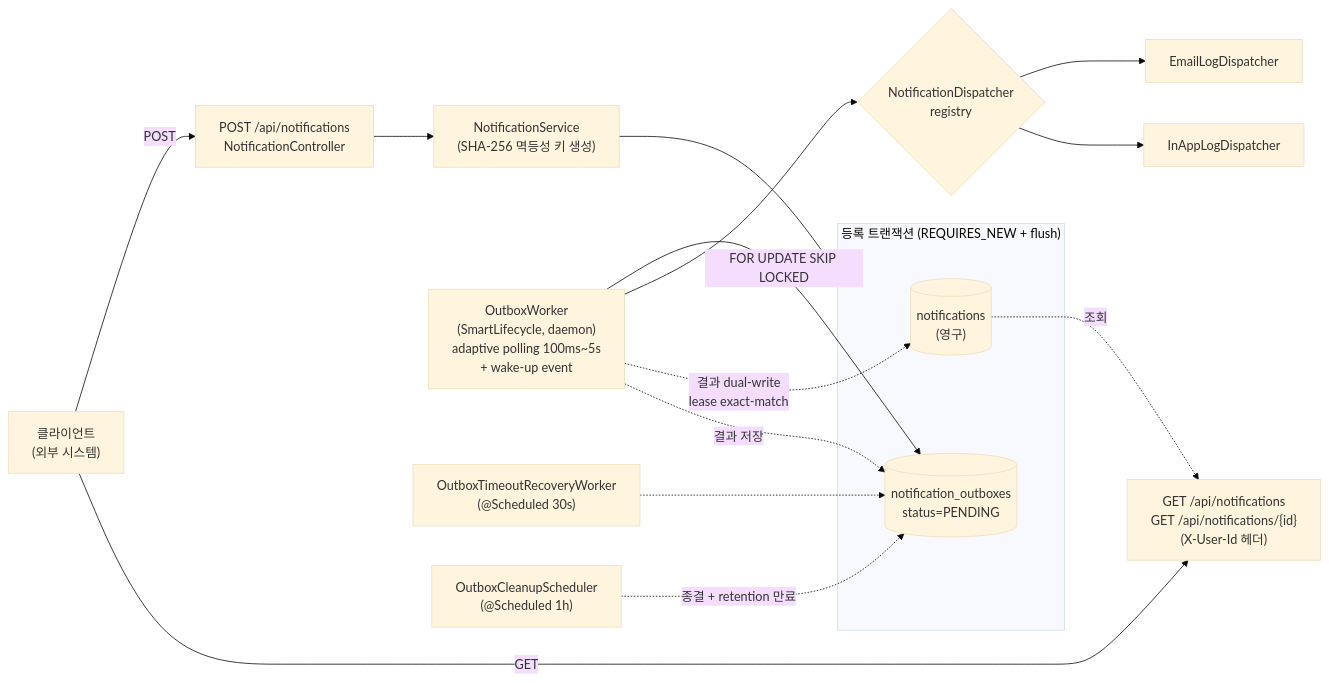
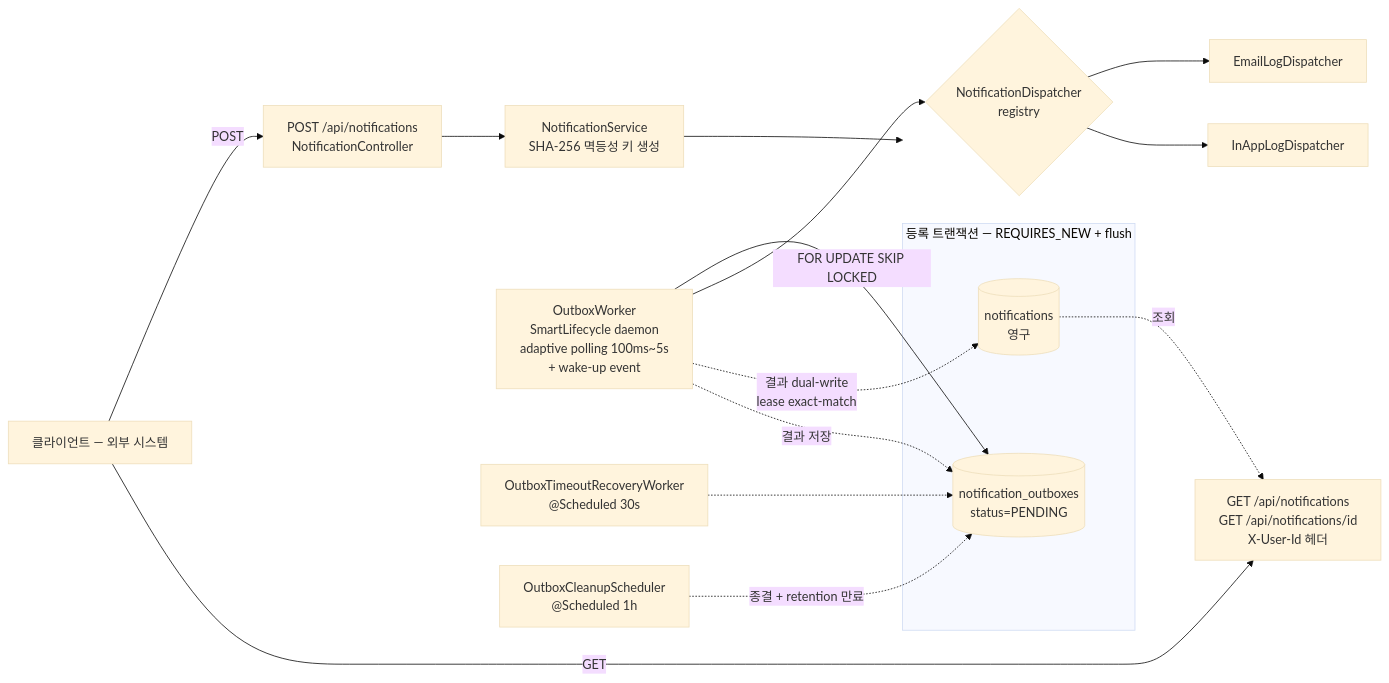
Before and after one commit to HyNS00/notification-service: the first of 3 diagrams in README.md, drawn with Mermaid (base theme). The commit also changed other lines of this file and 1 other file, not shown here.

````diff
--- a/README.md
+++ b/README.md
@@ -30,33 +30,33 @@
 ```mermaid
 flowchart LR
-    Client["클라이언트<br/>(외부 시스템)"]
+    Client["클라이언트 — 외부 시스템"]
     API["POST /api/notifications<br/>NotificationController"]
-    Service["NotificationService<br/>(SHA-256 멱등성 키 생성)"]
+    Service["NotificationService<br/>SHA-256 멱등성 키 생성"]
 
-    subgraph TX1["등록 트랜잭션 (REQUIRES_NEW + flush)"]
-        N[("notifications<br/>(영구)")]
+    subgraph TX1["등록 트랜잭션 — REQUIRES_NEW + flush"]
+        N[("notifications<br/>영구")]
         O[("notification_outboxes<br/>status=PENDING")]
     end
 
-    Worker["OutboxWorker<br/>(SmartLifecycle, daemon)<br/>adaptive polling 100ms~5s<br/>+ wake-up event"]
+    Worker["OutboxWorker<br/>SmartLifecycle daemon<br/>adaptive polling 100ms~5s<br/>+ wake-up event"]
     Dispatcher{NotificationDispatcher<br/>registry}
     Email["EmailLogDispatcher"]
     InApp["InAppLogDispatcher"]
 
-    Recovery["OutboxTimeoutRecoveryWorker<br/>(@Scheduled 30s)"]
-    Cleanup["OutboxCleanupScheduler<br/>(@Scheduled 1h)"]
+    Recovery["OutboxTimeoutRecoveryWorker<br/>@Scheduled 30s"]
+    Cleanup["OutboxCleanupScheduler<br/>@Scheduled 1h"]
 
-    QueryAPI["GET /api/notifications<br/>GET /api/notifications/{id}<br/>(X-User-Id 헤더)"]
+    QueryAPI["GET /api/notifications<br/>GET /api/notifications/id<br/>X-User-Id 헤더"]
 
     Client -->|POST| API --> Service --> TX1
     Worker -->|FOR UPDATE SKIP LOCKED| O
     Worker --> Dispatcher
     Dispatcher --> Email
     Dispatcher --> InApp
     Worker -.->|결과 dual-write<br/>lease exact-match| N
     Worker -.->|결과 저장| O
     Recovery -.-> O
     Cleanup -.->|종결 + retention 만료| O
     N -.->|조회| QueryAPI
     Client -->|GET| QueryAPI
 ```
````
